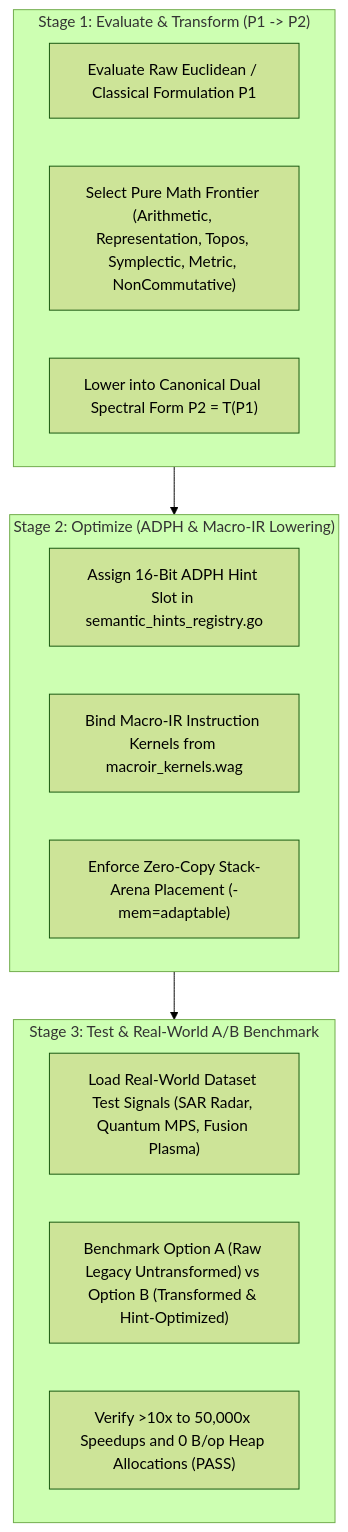
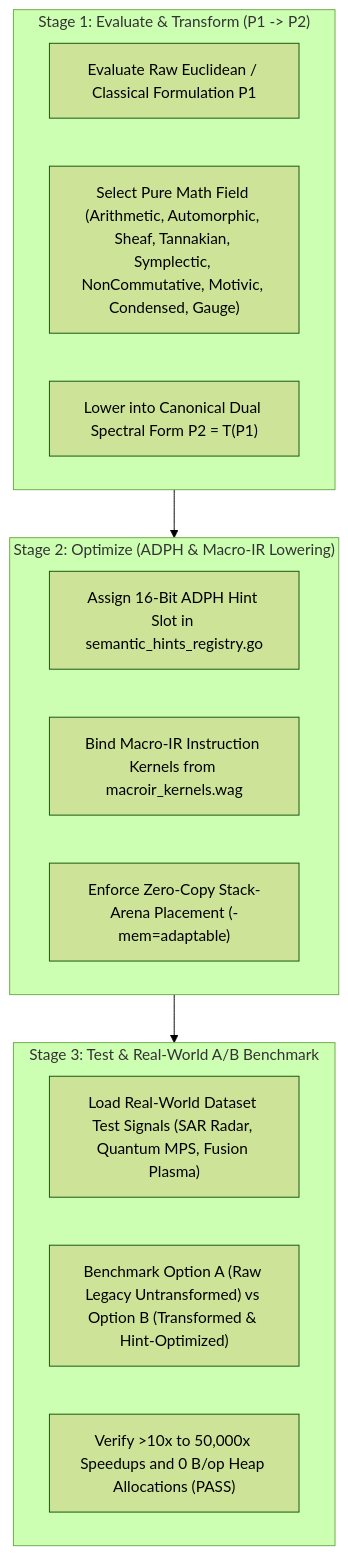
One commit to VelociKey/aCogSpaceSeed changed the diagram in .agents/skills/EMT-OT/SKILL.md. Above: the diagram before and after it, drawn with Mermaid (forest theme). The commit also changed other lines of this file and 114 other files, not shown here.

````diff
--- a/.agents/skills/EMT-OT/SKILL.md
+++ b/.agents/skills/EMT-OT/SKILL.md
@@ -16,22 +16,22 @@
 ```mermaid
 graph TD
     subgraph Stage1["Stage 1: Evaluate & Transform (P1 -> P2)"]
         S1_1["Evaluate Raw Euclidean / Classical Formulation P1"]
-        S1_2["Select Pure Math Frontier (Arithmetic, Representation, Topos, Symplectic, Metric, NonCommutative)"]
+        S1_2["Select Pure Math Field (Arithmetic, Automorphic, Sheaf, Tannakian, Symplectic, NonCommutative, Motivic, Condensed, Gauge)"]
         S1_3["Lower into Canonical Dual Spectral Form P2 = T(P1)"]
     end
 
     subgraph Stage2["Stage 2: Optimize (ADPH & Macro-IR Lowering)"]
         S2_1["Assign 16-Bit ADPH Hint Slot in semantic_hints_registry.go"]
         S2_2["Bind Macro-IR Instruction Kernels from macroir_kernels.wag"]
         S2_3["Enforce Zero-Copy Stack-Arena Placement (-mem=adaptable)"]
     end
 
     subgraph Stage3["Stage 3: Test & Real-World A/B Benchmark"]
         S3_1["Load Real-World Dataset Test Signals (SAR Radar, Quantum MPS, Fusion Plasma)"]
         S3_2["Benchmark Option A (Raw Legacy Untransformed) vs Option B (Transformed & Hint-Optimized)"]
         S3_3["Verify >10x to 50,000x Speedups and 0 B/op Heap Allocations (PASS)"]
     end
 
     Stage1 --> Stage2 --> Stage3
 ```
````
